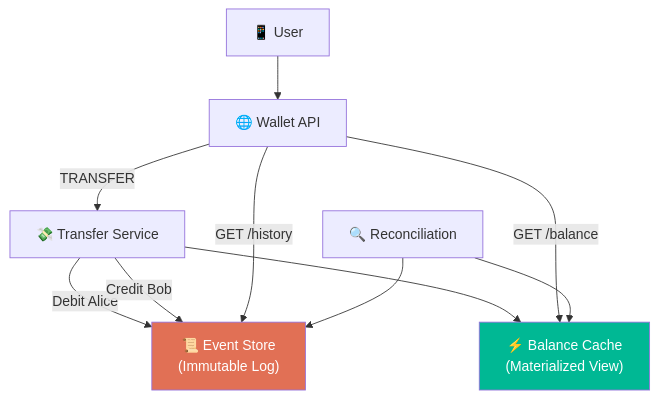
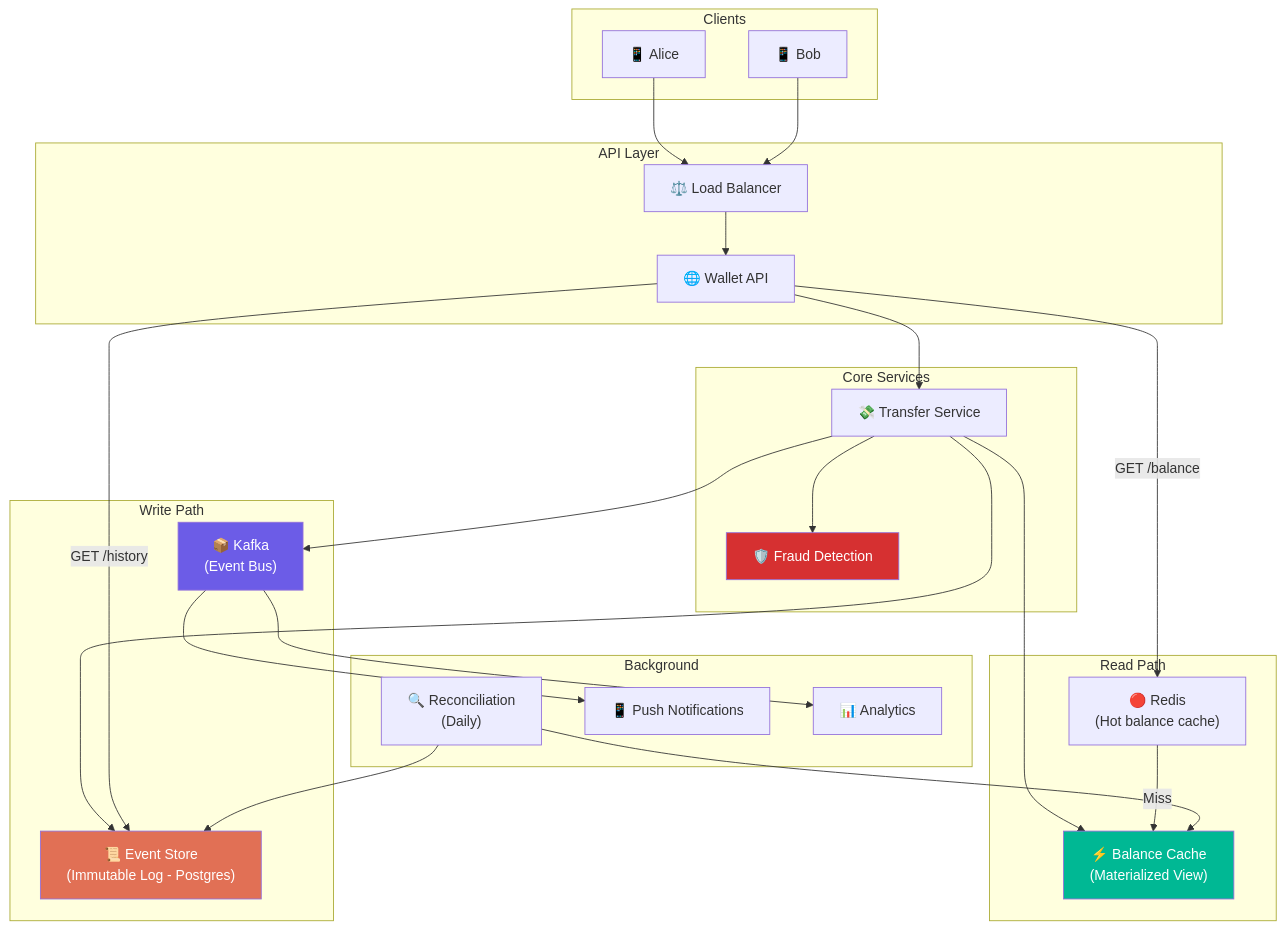
The second of 3 diagrams in HLD_Vol2/chapter_12/design_a_digital_wallet.md (Gbirla06/systemDesign), drawn with Mermaid before and after one commit. The commit also changed other lines of this file and 7 other files, not shown here.

````diff
--- a/HLD_Vol2/chapter_12/design_a_digital_wallet.md
+++ b/HLD_Vol2/chapter_12/design_a_digital_wallet.md
@@ -131,18 +276,56 @@
 ```mermaid
 graph TD
-    User["📱 User"] --> API["🌐 Wallet API"]
+    subgraph Clients
+        Alice["📱 Alice"]
+        Bob["📱 Bob"]
+    end
+
+    subgraph API Layer
+        LB["⚖️ Load Balancer"]
+        API["🌐 Wallet API"]
+    end
+
+    subgraph Core Services
+        TransferSvc["💸 Transfer Service"]
+        FraudSvc["🛡️ Fraud Detection"]
+    end
+
+    subgraph Write Path
+        EventStore["📜 Event Store\n(Immutable Log - Postgres)"]
+        Kafka["📦 Kafka\n(Event Bus)"]
+    end
+
+    subgraph Read Path
+        BalanceCache["⚡ Balance Cache\n(Materialized View)"]
+        Redis["🔴 Redis\n(Hot balance cache)"]
+    end
+
+    subgraph Background
+        Recon["🔍 Reconciliation\n(Daily)"]
+        Notifications["📱 Push Notifications"]
+        Analytics["📊 Analytics"]
+    end
+
+    Alice --> LB --> API
+    Bob --> LB
     
-    API -->|"TRANSFER"| TransferSvc["💸 Transfer Service"]
-    TransferSvc -->|"Debit Alice"| EventStore["📜 Event Store\n(Immutable Log)"]
-    TransferSvc -->|"Credit Bob"| EventStore
-    TransferSvc --> BalanceCache["⚡ Balance Cache\n(Materialized View)"]
+    API --> TransferSvc
+    TransferSvc --> FraudSvc
+    TransferSvc --> EventStore
+    TransferSvc --> BalanceCache
+    TransferSvc --> Kafka
     
-    API -->|"GET /balance"| BalanceCache
+    API -->|"GET /balance"| Redis
+    Redis -->|Miss| BalanceCache
     API -->|"GET /history"| EventStore
 
-    Recon["🔍 Reconciliation"] --> EventStore
+    Kafka --> Notifications
+    Kafka --> Analytics
+    Recon --> EventStore
     Recon --> BalanceCache
-    
+
     style EventStore fill:#e17055,color:#fff
     style BalanceCache fill:#00b894,color:#fff
+    style Kafka fill:#6c5ce7,color:#fff
+    style FraudSvc fill:#d63031,color:#fff
 ```
````
